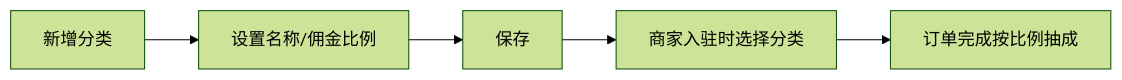
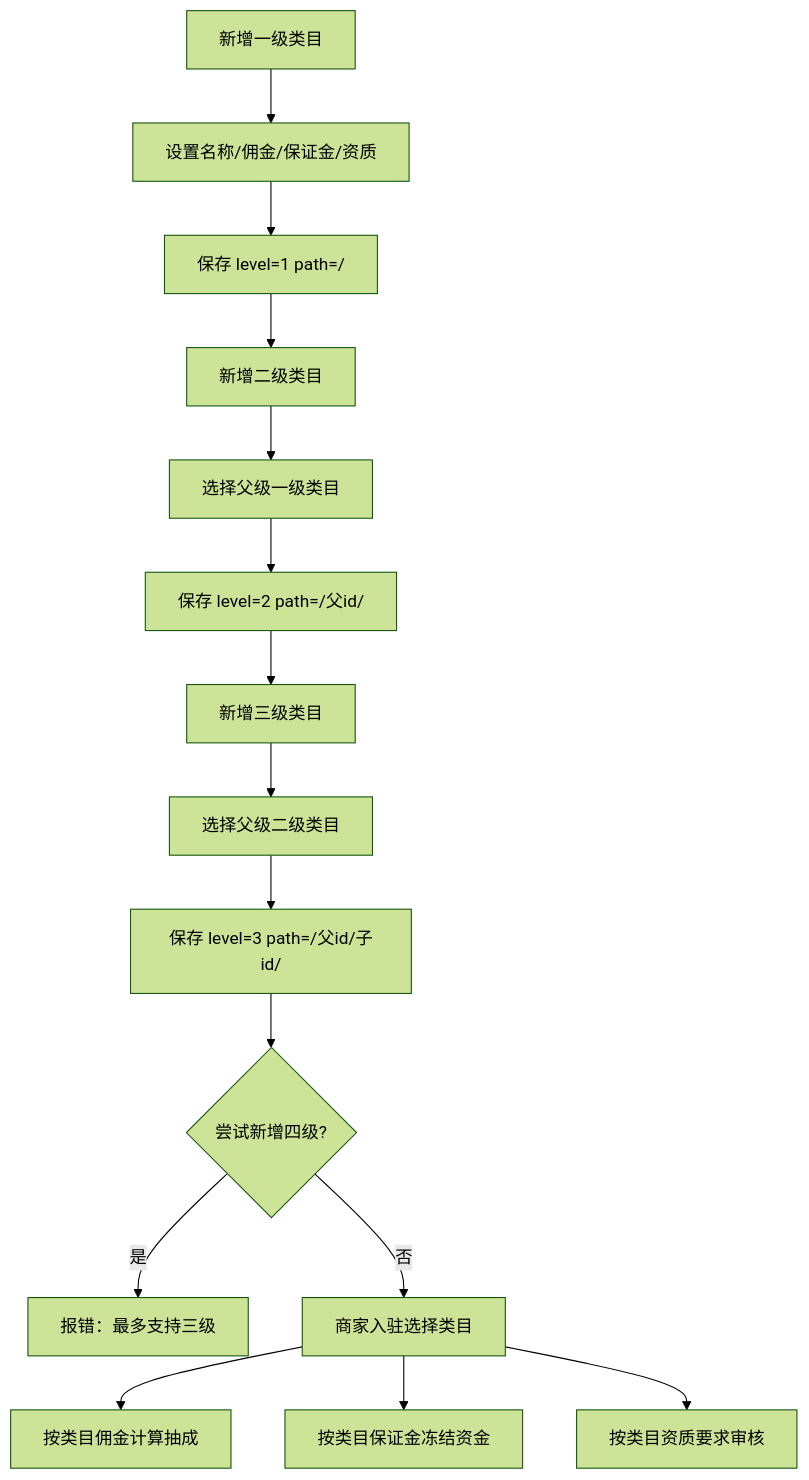
One commit to aliquanhou/tllos-mall changed the diagram in backend/resources/docs/modules/merchant/category.md. Above: the diagram before and after it, drawn with Mermaid (forest theme). The commit also changed other lines of this file and 2 other files, not shown here.

Commit message:
feat: 商家分类P0树形类目-三级层级+分层费率+保证金+资质要求+tree API

````diff
--- a/backend/resources/docs/modules/merchant/category.md
+++ b/backend/resources/docs/modules/merchant/category.md
@@ -36,7 +79,17 @@
 ```mermaid
-flowchart LR
-    A[新增分类] --> B[设置名称/佣金比例]
-    B --> C[保存]
-    C --> D[商家入驻时选择分类]
-    D --> E[订单完成按比例抽成]
+flowchart TD
+    A[新增一级类目] --> B[设置名称/佣金/保证金/资质]
+    B --> C[保存 level=1 path=/]
+    C --> D[新增二级类目]
+    D --> E[选择父级一级类目]
+    E --> F[保存 level=2 path=/父id/]
+    F --> G[新增三级类目]
+    G --> H[选择父级二级类目]
+    H --> I[保存 level=3 path=/父id/子id/]
+    I --> J{尝试新增四级?}
+    J -->|是| K[报错：最多支持三级]
+    J -->|否| L[商家入驻选择类目]
+    L --> M[按类目佣金计算抽成]
+    L --> N[按类目保证金冻结资金]
+    L --> O[按类目资质要求审核]
 ```
````
